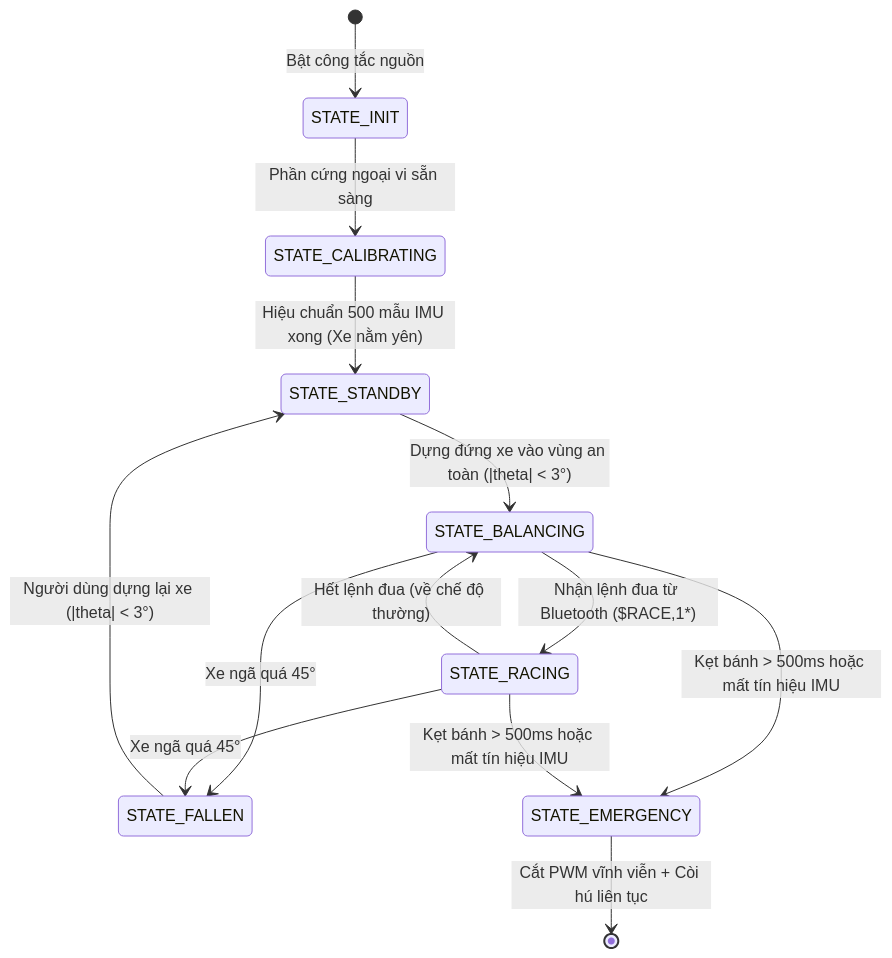
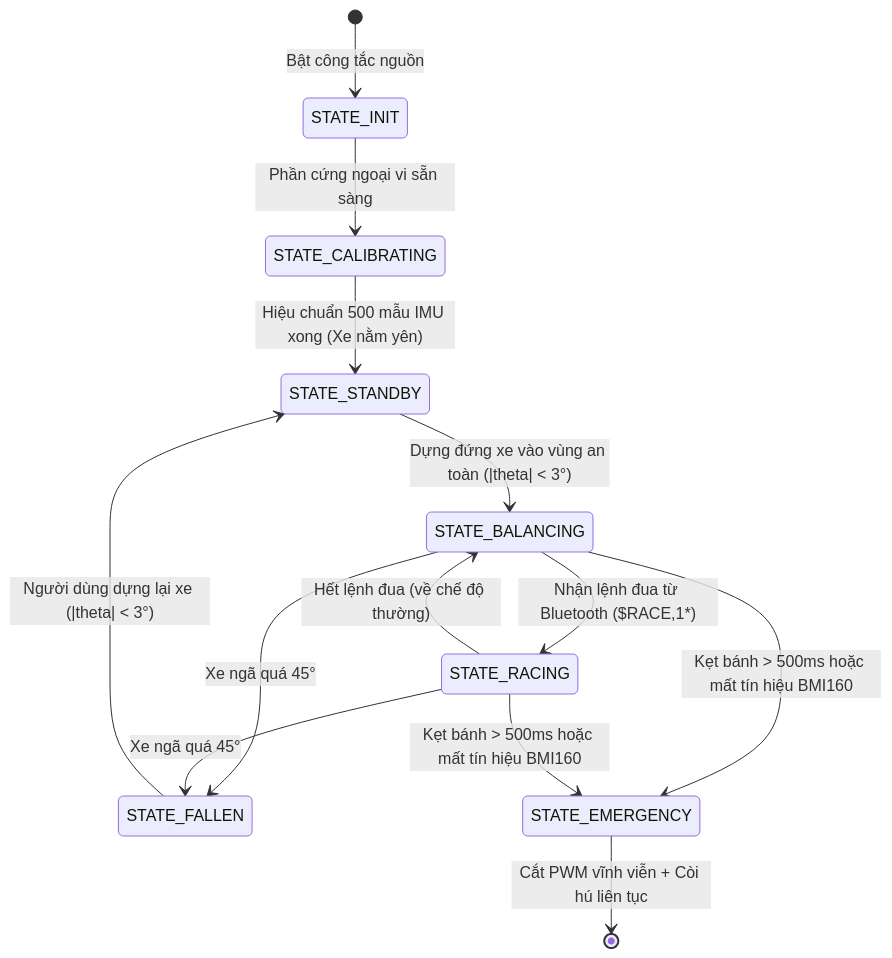
One commit to Donien-mixi/CE224 changed the second of 2 diagrams in Cau_Truc_DA.md. Above: the diagram before and after it, drawn with Mermaid. The commit also changed other lines of this file and 5 other files, not shown here.

Commit message:
update roadmap

````diff
--- a/Cau_Truc_DA.md
+++ b/Cau_Truc_DA.md
@@ -199,18 +204,18 @@
 ```mermaid
 stateDiagram-v2
     [*] --> STATE_INIT : Bật công tắc nguồn
     STATE_INIT --> STATE_CALIBRATING : Phần cứng ngoại vi sẵn sàng
     STATE_CALIBRATING --> STATE_STANDBY : Hiệu chuẩn 500 mẫu IMU xong (Xe nằm yên)
     STATE_STANDBY --> STATE_BALANCING : Dựng đứng xe vào vùng an toàn (|theta| < 3°)
     
     STATE_BALANCING --> STATE_RACING : Nhận lệnh đua từ Bluetooth ($RACE,1*)
     STATE_RACING --> STATE_BALANCING : Hết lệnh đua (về chế độ thường)
     
     STATE_BALANCING --> STATE_FALLEN : Xe ngã quá 45°
     STATE_RACING --> STATE_FALLEN : Xe ngã quá 45°
     STATE_FALLEN --> STATE_STANDBY : Người dùng dựng lại xe (|theta| < 3°)
     
-    STATE_BALANCING --> STATE_EMERGENCY : Kẹt bánh > 500ms hoặc mất tín hiệu IMU
-    STATE_RACING --> STATE_EMERGENCY : Kẹt bánh > 500ms hoặc mất tín hiệu IMU
+    STATE_BALANCING --> STATE_EMERGENCY : Kẹt bánh > 500ms hoặc mất tín hiệu BMI160
+    STATE_RACING --> STATE_EMERGENCY : Kẹt bánh > 500ms hoặc mất tín hiệu BMI160
     STATE_EMERGENCY --> [*] : Cắt PWM vĩnh viễn + Còi hú liên tục
 ```
````
